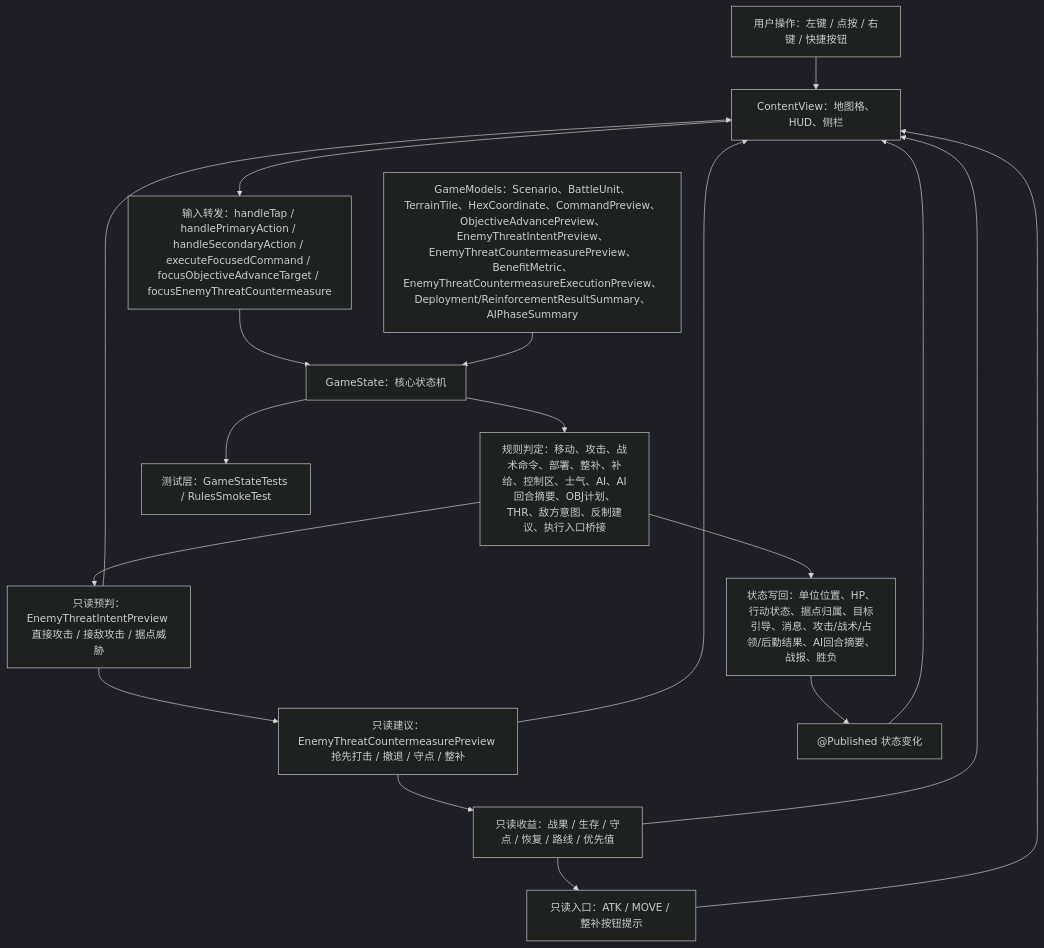
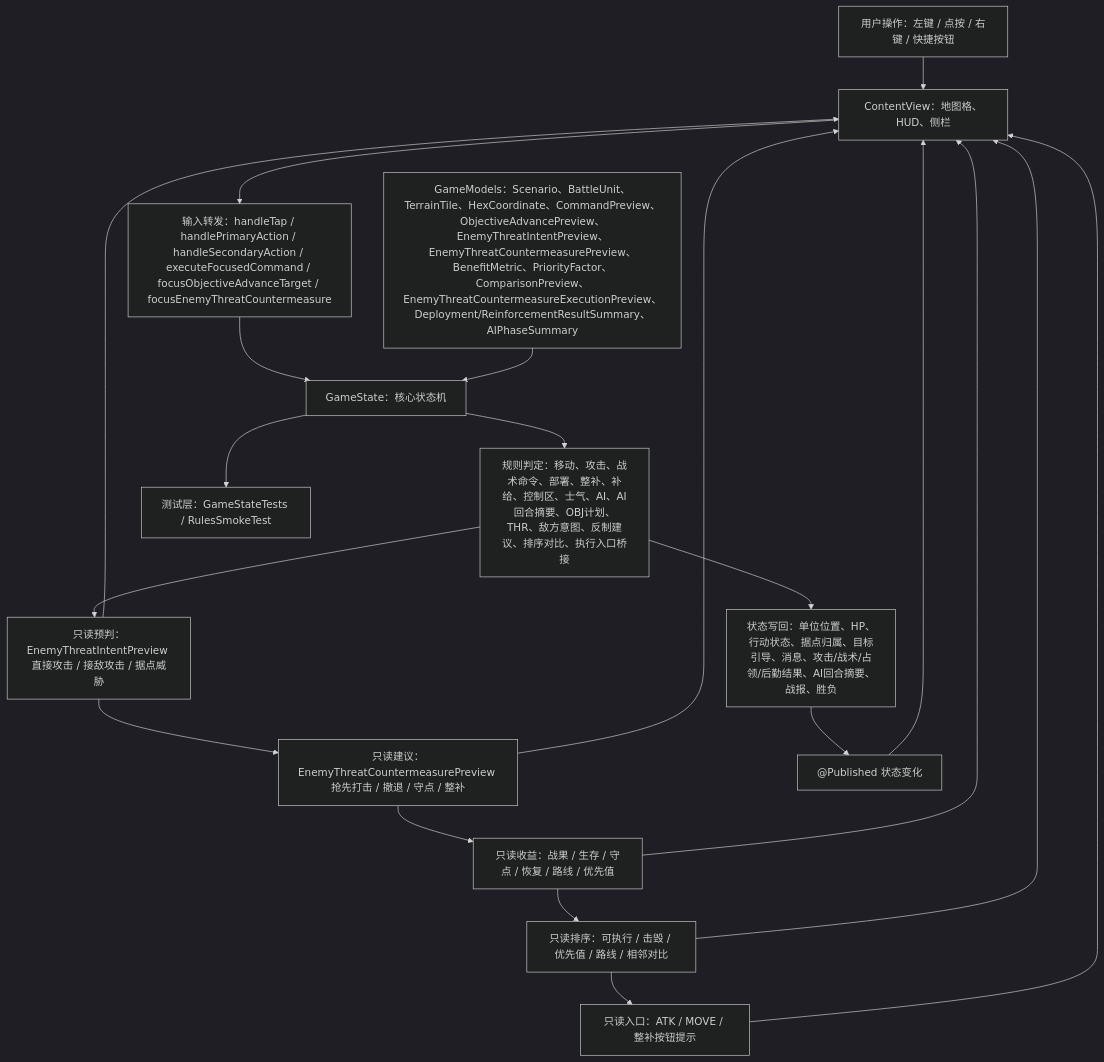
The first of 5 diagrams in md/flow/flowchart.md (Altman-sam114/116), drawn with Mermaid (dark theme) before and after one commit. The commit also changed other lines of this file and 10 other files, not shown here.

````diff
--- a/md/flow/flowchart.md
+++ b/md/flow/flowchart.md
@@ -9,20 +9,22 @@
 ```mermaid
 flowchart TD
   U["用户操作：左键 / 点按 / 右键 / 快捷按钮"] --> V["ContentView：地图格、HUD、侧栏"]
   V --> I["输入转发：handleTap / handlePrimaryAction / handleSecondaryAction / executeFocusedCommand / focusObjectiveAdvanceTarget / focusEnemyThreatCountermeasure"]
   I --> S["GameState：核心状态机"]
-  M["GameModels：Scenario、BattleUnit、TerrainTile、HexCoordinate、CommandPreview、ObjectiveAdvancePreview、EnemyThreatIntentPreview、EnemyThreatCountermeasurePreview、BenefitMetric、EnemyThreatCountermeasureExecutionPreview、Deployment/ReinforcementResultSummary、AIPhaseSummary"] --> S
-  S --> R["规则判定：移动、攻击、战术命令、部署、整补、补给、控制区、士气、AI、AI回合摘要、OBJ计划、THR、敌方意图、反制建议、执行入口桥接"]
+  M["GameModels：Scenario、BattleUnit、TerrainTile、HexCoordinate、CommandPreview、ObjectiveAdvancePreview、EnemyThreatIntentPreview、EnemyThreatCountermeasurePreview、BenefitMetric、PriorityFactor、ComparisonPreview、EnemyThreatCountermeasureExecutionPreview、Deployment/ReinforcementResultSummary、AIPhaseSummary"] --> S
+  S --> R["规则判定：移动、攻击、战术命令、部署、整补、补给、控制区、士气、AI、AI回合摘要、OBJ计划、THR、敌方意图、反制建议、排序对比、执行入口桥接"]
   R --> W["状态写回：单位位置、HP、行动状态、据点归属、目标引导、消息、攻击/战术/占领/后勤结果、AI回合摘要、战报、胜负"]
   R --> EI["只读预判：EnemyThreatIntentPreview 直接攻击 / 接敌攻击 / 据点威胁"]
   EI --> EC["只读建议：EnemyThreatCountermeasurePreview 抢先打击 / 撤退 / 守点 / 整补"]
   EC --> BM["只读收益：战果 / 生存 / 守点 / 恢复 / 路线 / 优先值"]
-  BM --> EB["只读入口：ATK / MOVE / 整补按钮提示"]
+  BM --> PC["只读排序：可执行 / 击毁 / 优先值 / 路线 / 相邻对比"]
+  PC --> EB["只读入口：ATK / MOVE / 整补按钮提示"]
   W --> P["@Published 状态变化"]
   P --> V
   EI --> V
   EC --> V
   BM --> V
+  PC --> V
   EB --> V
   S --> T["测试层：GameStateTests / RulesSmokeTest"]
 ```
````
